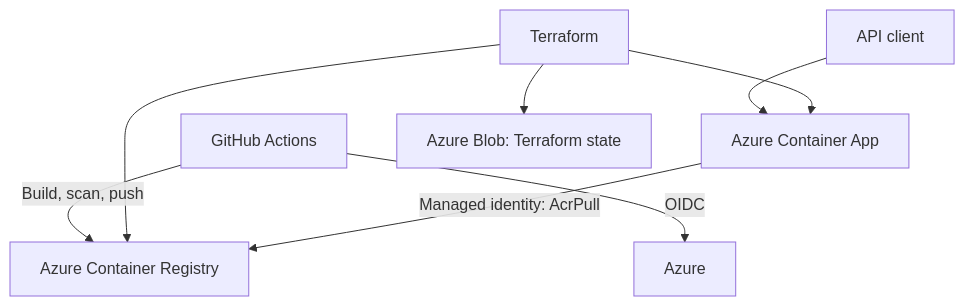
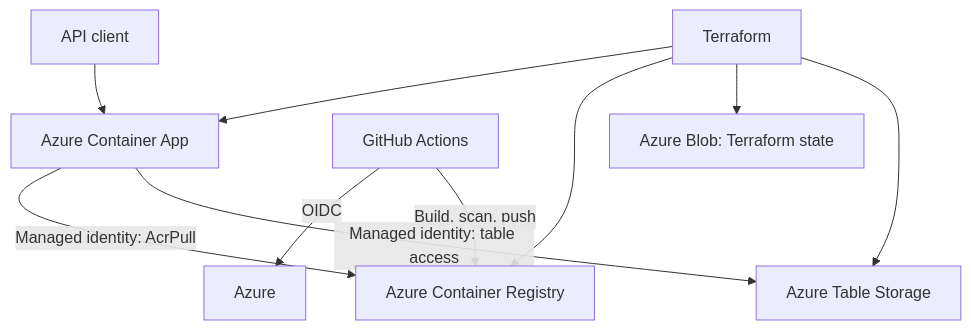
The diagram in README.md (itsmearunalotla/kfc-field-support-poc), drawn with Mermaid before and after one commit. The commit also changed other lines of this file, not shown here.

Commit message:
Update ticket storage architecture diagram

````diff
--- a/README.md
+++ b/README.md
@@ -9,10 +9,12 @@
 ```mermaid
 flowchart TD
   client["API client"] --> app["Azure Container App"]
   actions["GitHub Actions"] -->|"OIDC"| azure["Azure"]
   actions -->|"Build, scan, push"| acr["Azure Container Registry"]
   terraform["Terraform"] --> app
   terraform --> acr
   terraform --> state["Azure Blob: Terraform state"]
-  app -->|"Managed identity: AcrPull"| acr
+  app -->|"Managed identity: AcrPull"| acr["Azure Container Registry"]
+  app -->|"Managed identity: table access"| tickets["Azure Table Storage"]
+  terraform --> tickets
 ```
````
